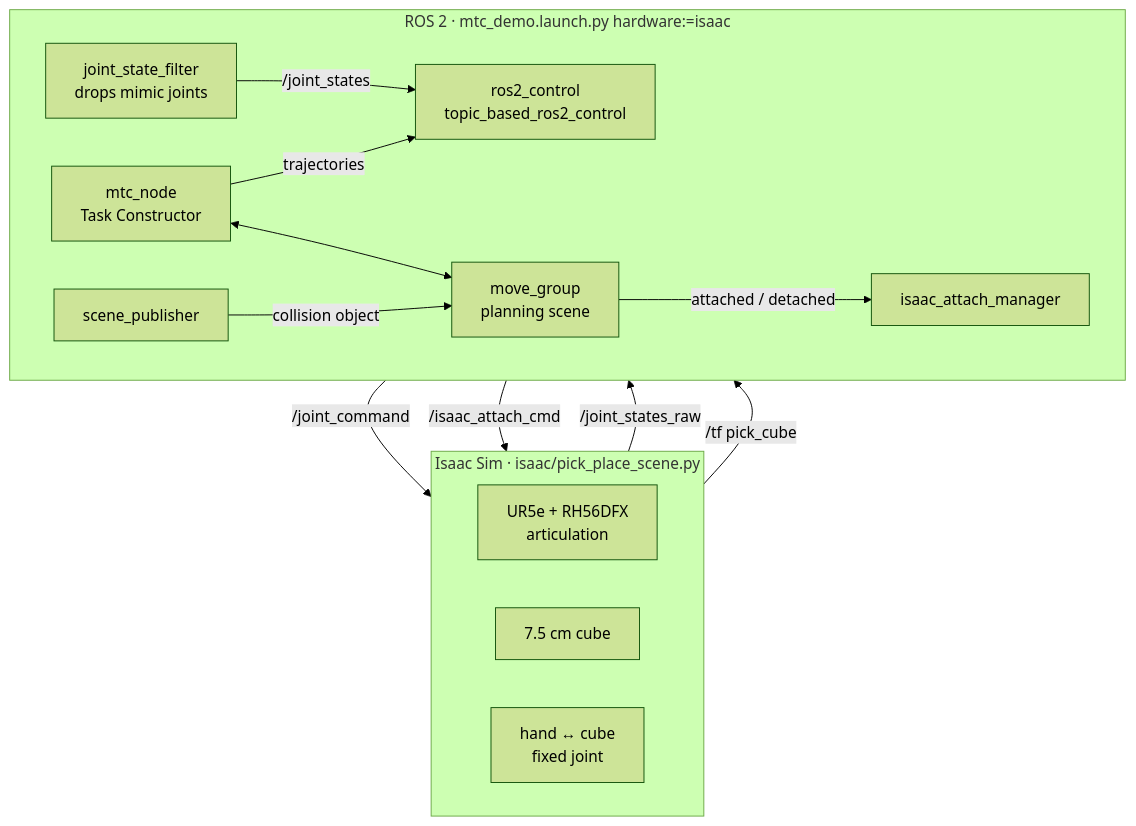
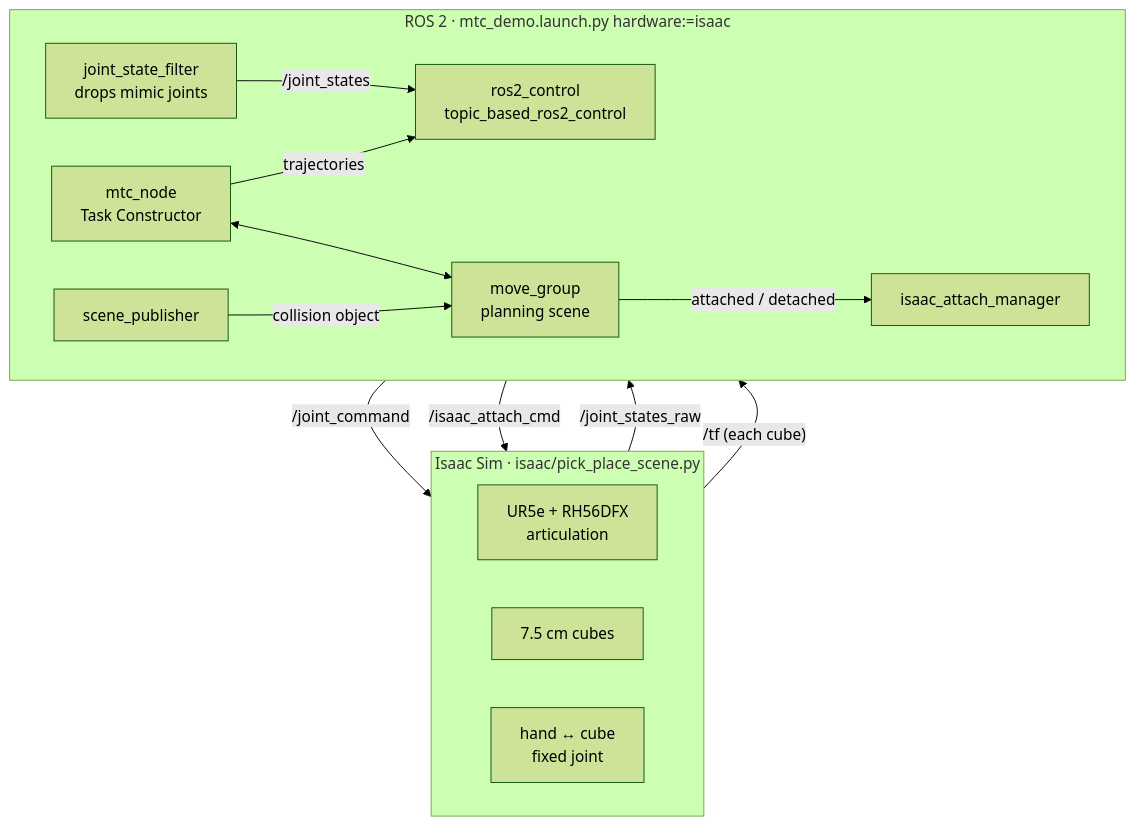
Before and after one commit to ookkshirsagar/moveit-mtc-pick-and-place: the first of 5 diagrams in README.md, drawn with Mermaid (forest theme). The commit also changed other lines of this file and 21 other files, not shown here.

````diff
--- a/README.md
+++ b/README.md
@@ -120,29 +152,29 @@
 ```mermaid
 flowchart TB
     subgraph Isaac["Isaac Sim · isaac/pick_place_scene.py"]
         direction LR
         Robot["UR5e + RH56DFX<br/>articulation"]
-        Cube["7.5 cm cube"]
+        Cube["7.5 cm cubes"]
         Weld["hand ↔ cube<br/>fixed joint"]
     end
 
     subgraph ROS["ROS 2 · mtc_demo.launch.py hardware:=isaac"]
         direction LR
         Filter["joint_state_filter<br/>drops mimic joints"]
         RC["ros2_control<br/>topic_based_ros2_control"]
         MTC["mtc_node<br/>Task Constructor"]
         MG["move_group<br/>planning scene"]
         Scene["scene_publisher"]
         Attach["isaac_attach_manager"]
     end
 
     Robot -- "/joint_states_raw" --> Filter
     Filter -- "/joint_states" --> RC
     RC -- "/joint_command" --> Robot
     MTC -- "trajectories" --> RC
     MTC <--> MG
-    Cube -- "/tf pick_cube" --> Scene
+    Cube -- "/tf (each cube)" --> Scene
     Scene -- "collision object" --> MG
     MG -- "attached / detached" --> Attach
     Attach -- "/isaac_attach_cmd" --> Weld
 ```
````
